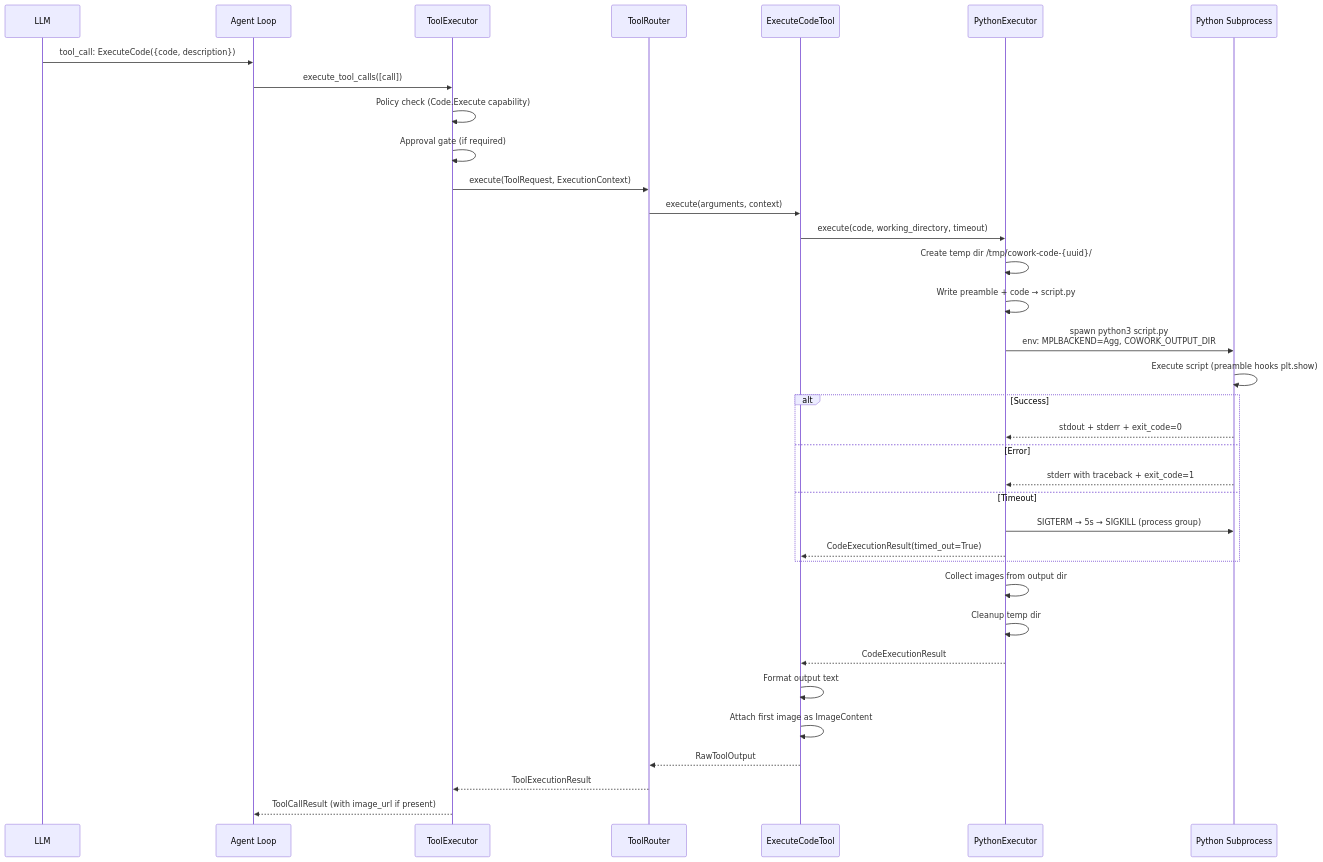
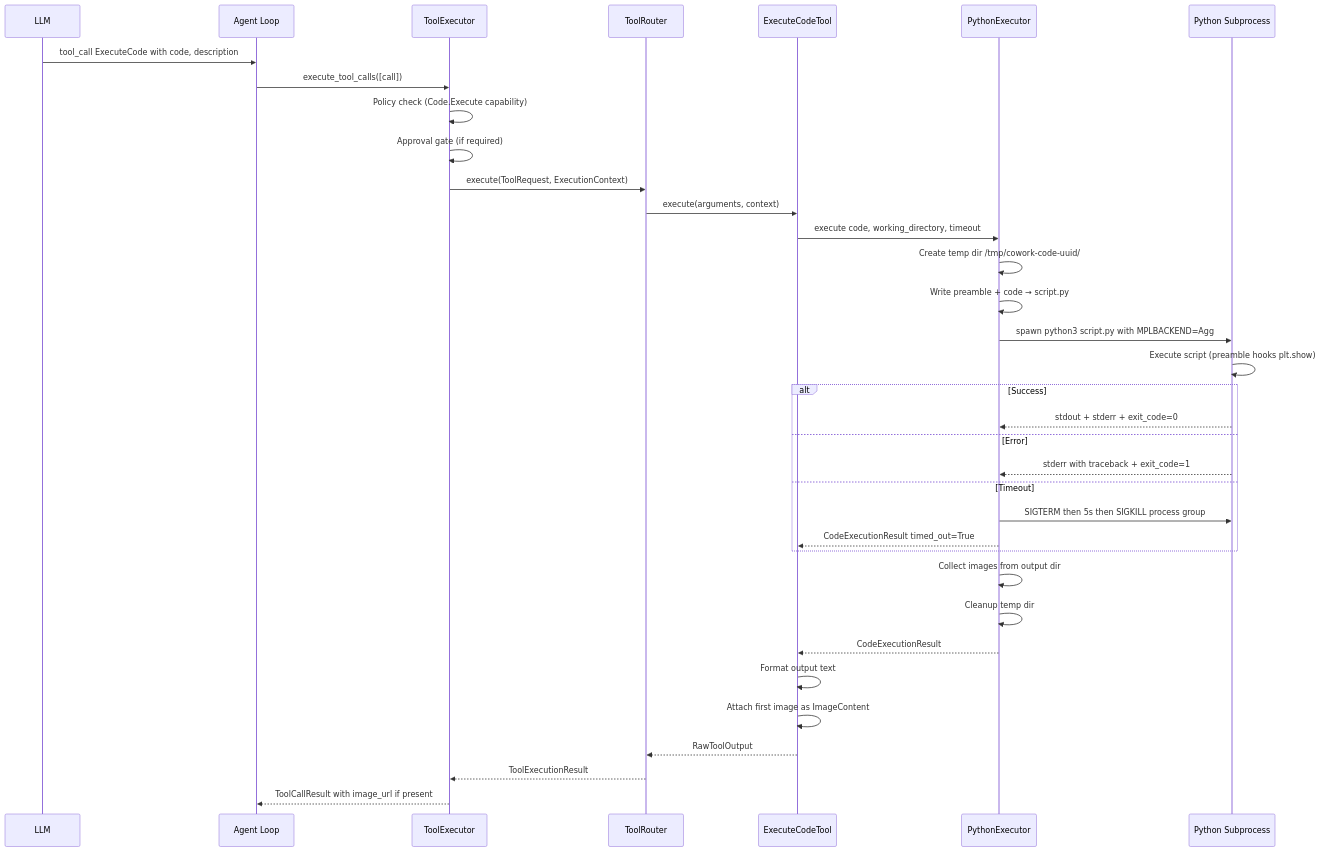
Before and after one commit to suman724/cowork-agent-runtime: diagram 21 of 24 in docs/agent-loop-architecture.md, drawn with Mermaid. The commit also changed other lines of this file and 112 other files, not shown here.

````diff
--- a/docs/agent-loop-architecture.md
+++ b/docs/agent-loop-architecture.md
@@ -1433,42 +1440,42 @@
 ```mermaid
 sequenceDiagram
     participant LLM as LLM
     participant AL as Agent Loop
     participant TE as ToolExecutor
     participant TR as ToolRouter
     participant ECT as ExecuteCodeTool
     participant PE as PythonExecutor
     participant Proc as Python Subprocess
 
-    LLM->>AL: tool_call: ExecuteCode({code, description})
+    LLM->>AL: tool_call ExecuteCode with code, description
     AL->>TE: execute_tool_calls([call])
     TE->>TE: Policy check (Code.Execute capability)
     TE->>TE: Approval gate (if required)
     TE->>TR: execute(ToolRequest, ExecutionContext)
     TR->>ECT: execute(arguments, context)
 
-    ECT->>PE: execute(code, working_directory, timeout)
-    PE->>PE: Create temp dir /tmp/cowork-code-{uuid}/
+    ECT->>PE: execute code, working_directory, timeout
+    PE->>PE: Create temp dir /tmp/cowork-code-uuid/
     PE->>PE: Write preamble + code → script.py
-    PE->>Proc: spawn python3 script.py<br/>env: MPLBACKEND=Agg, COWORK_OUTPUT_DIR
+    PE->>Proc: spawn python3 script.py with MPLBACKEND=Agg
     Proc->>Proc: Execute script (preamble hooks plt.show)
 
     alt Success
         Proc-->>PE: stdout + stderr + exit_code=0
     else Error
         Proc-->>PE: stderr with traceback + exit_code=1
     else Timeout
-        PE->>Proc: SIGTERM → 5s → SIGKILL (process group)
-        PE-->>ECT: CodeExecutionResult(timed_out=True)
+        PE->>Proc: SIGTERM then 5s then SIGKILL process group
+        PE-->>ECT: CodeExecutionResult timed_out=True
     end
 
     PE->>PE: Collect images from output dir
     PE->>PE: Cleanup temp dir
     PE-->>ECT: CodeExecutionResult
 
     ECT->>ECT: Format output text
     ECT->>ECT: Attach first image as ImageContent
     ECT-->>TR: RawToolOutput
     TR-->>TE: ToolExecutionResult
-    TE-->>AL: ToolCallResult (with image_url if present)
+    TE-->>AL: ToolCallResult with image_url if present
 ```
````
